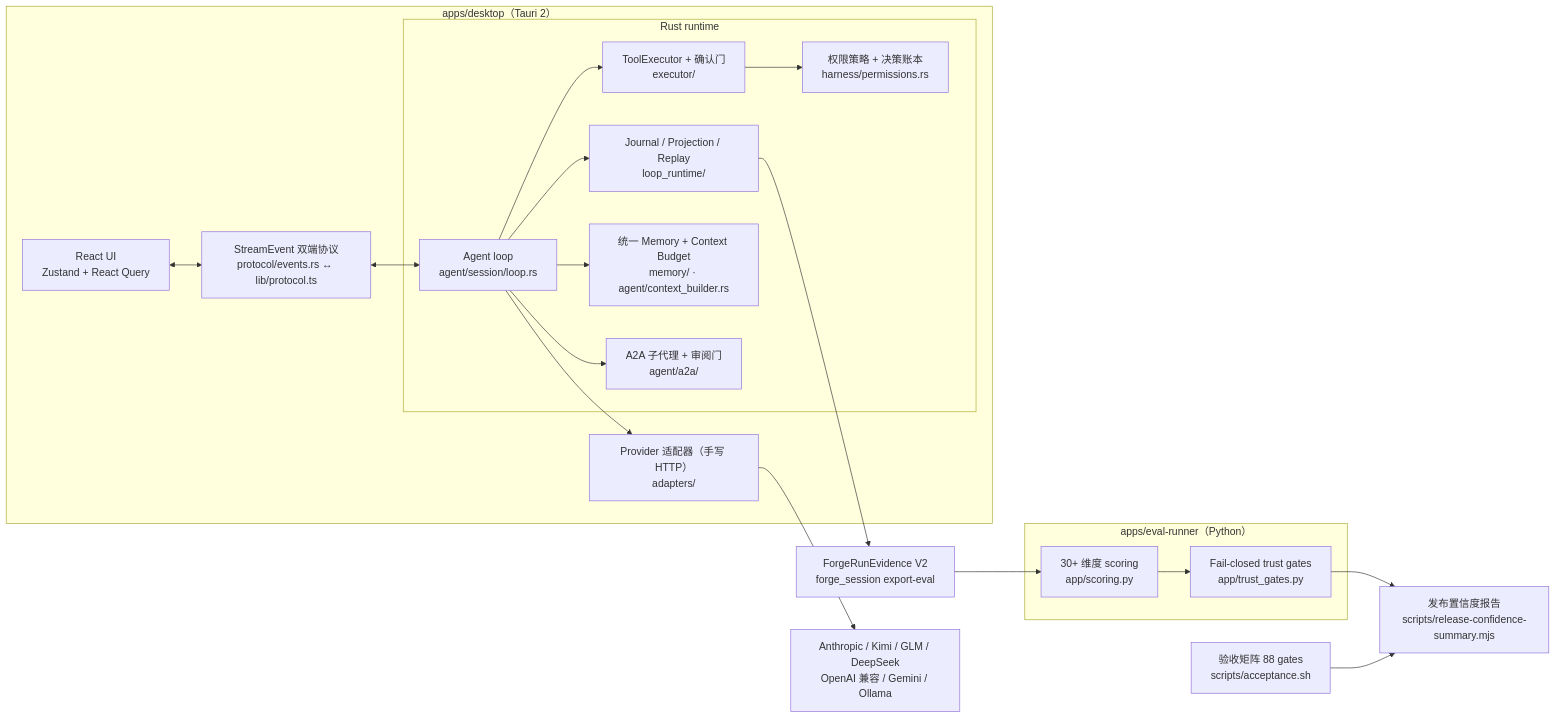
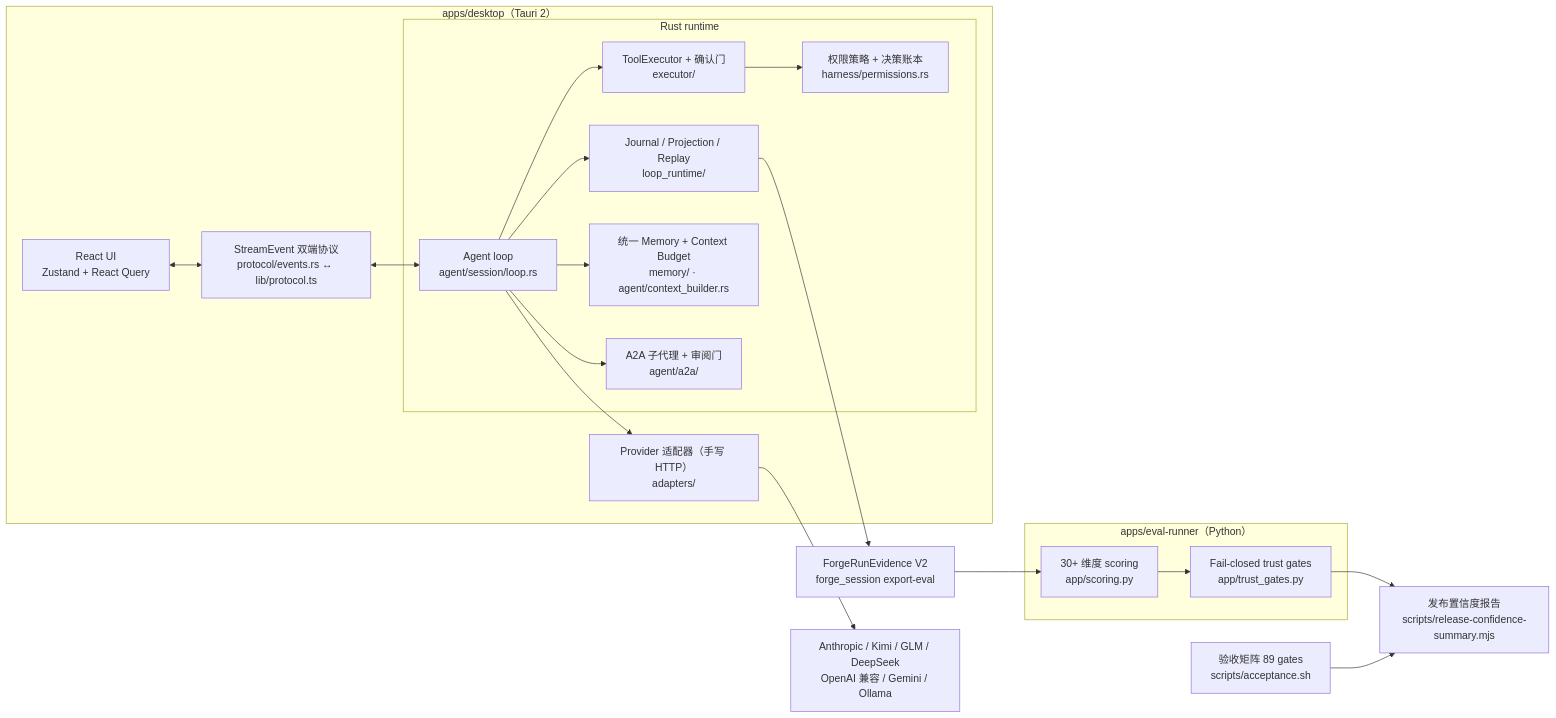
The diagram in README.md (Cabbos/forge), drawn with Mermaid before and after one commit. The commit also changed other lines of this file and 15 other files, not shown here.

````diff
--- a/README.md
+++ b/README.md
@@ -32,39 +32,39 @@
 ```mermaid
 flowchart LR
   subgraph Desktop["apps/desktop（Tauri 2）"]
     UI["React UI<br/>Zustand + React Query"]
     Protocol["StreamEvent 双端协议<br/>protocol/events.rs ↔ lib/protocol.ts"]
     subgraph Runtime["Rust runtime"]
       Loop["Agent loop<br/>agent/session/loop.rs"]
       Exec["ToolExecutor + 确认门<br/>executor/"]
       Perm["权限策略 + 决策账本<br/>harness/permissions.rs"]
       Journal["Journal / Projection / Replay<br/>loop_runtime/"]
       Mem["统一 Memory + Context Budget<br/>memory/ · agent/context_builder.rs"]
       A2A["A2A 子代理 + 审阅门<br/>agent/a2a/"]
     end
     Adapters["Provider 适配器（手写 HTTP）<br/>adapters/"]
   end
   Providers["Anthropic / Kimi / GLM / DeepSeek<br/>OpenAI 兼容 / Gemini / Ollama"]
   Evidence["ForgeRunEvidence V2<br/>forge_session export-eval"]
   subgraph Eval["apps/eval-runner（Python）"]
     Scoring["30+ 维度 scoring<br/>app/scoring.py"]
     Trust["Fail-closed trust gates<br/>app/trust_gates.py"]
   end
-  Accept["验收矩阵 88 gates<br/>scripts/acceptance.sh"]
+  Accept["验收矩阵 89 gates<br/>scripts/acceptance.sh"]
   Confidence["发布置信度报告<br/>scripts/release-confidence-summary.mjs"]
 
   UI <--> Protocol
   Protocol <--> Loop
   Loop --> Exec
   Exec --> Perm
   Loop --> Journal
   Loop --> Mem
   Loop --> A2A
   Loop --> Adapters
   Adapters --> Providers
   Journal --> Evidence
   Evidence --> Scoring
   Scoring --> Trust
   Trust --> Confidence
   Accept --> Confidence
 ```
````
